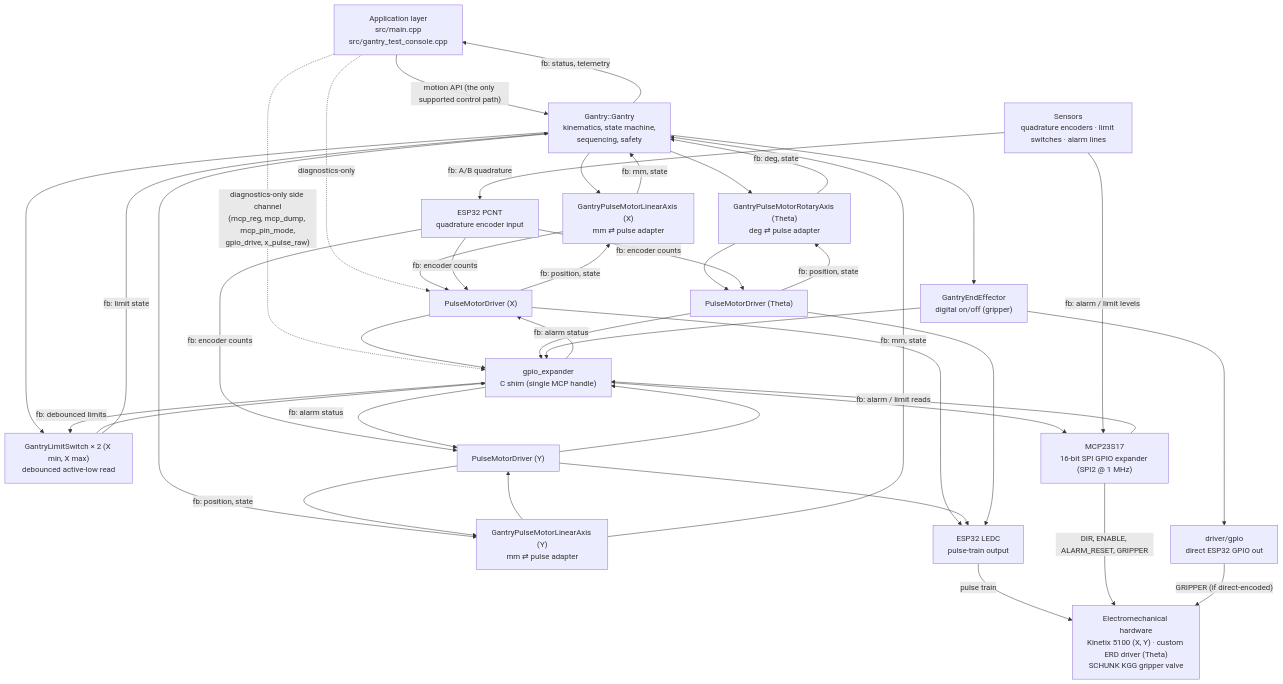
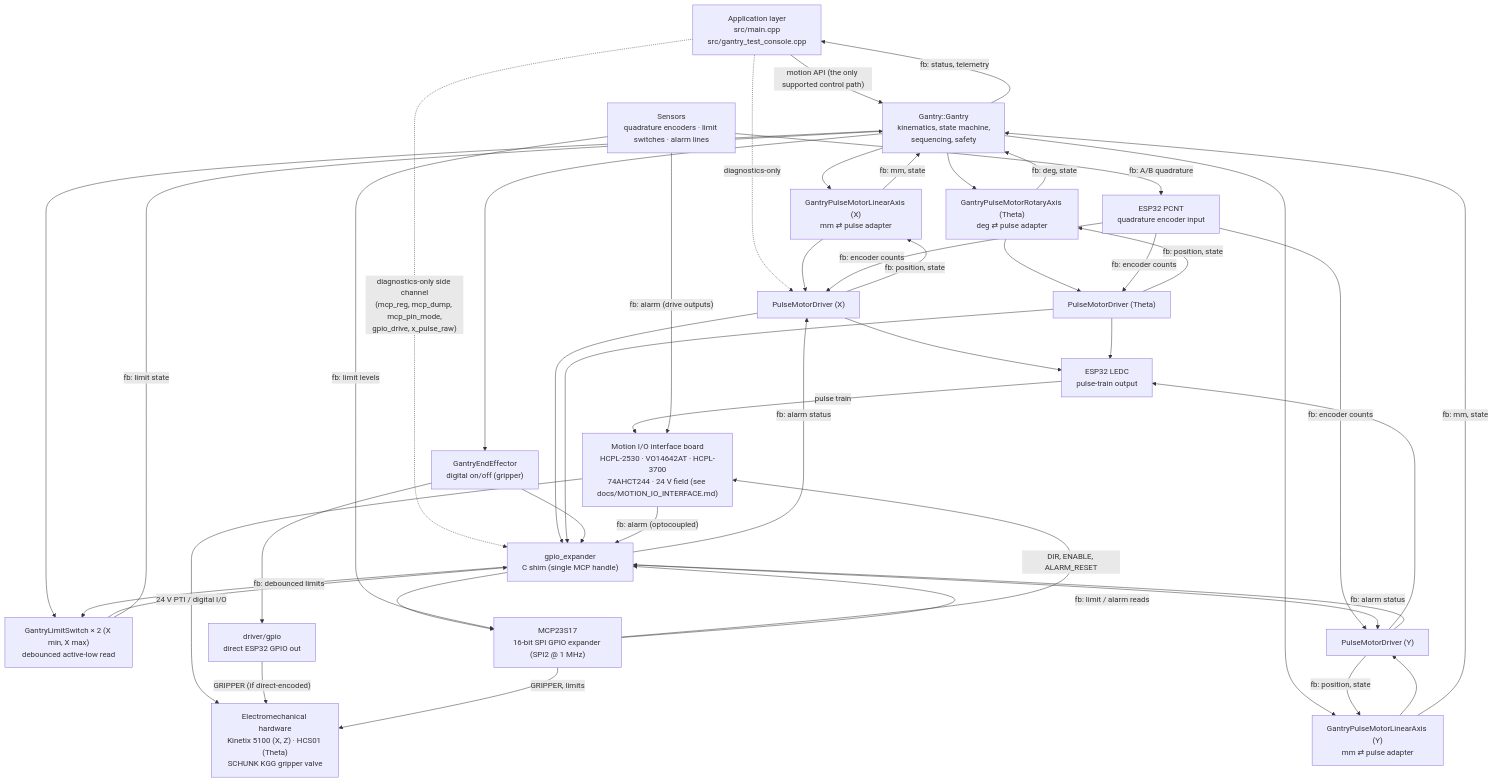
The diagram in lib/Gantry/docs/ARCHITECTURE_FLOW.md (Mynderse-Research-Lab/wt32-eth01-FreeRTOS), drawn with Mermaid before and after one commit. The commit also changed other lines of this file and 135 other files, not shown here.

````diff
--- a/lib/Gantry/docs/ARCHITECTURE_FLOW.md
+++ b/lib/Gantry/docs/ARCHITECTURE_FLOW.md
@@ -13,68 +13,72 @@
 ```mermaid
 flowchart TD
   App["Application layer<br/>src/main.cpp<br/>src/gantry_test_console.cpp"]
   Gantry["Gantry::Gantry<br/>kinematics, state machine,<br/>sequencing, safety"]
   AxisX["GantryPulseMotorLinearAxis (X)<br/>mm ⇄ pulse adapter"]
   AxisY["GantryPulseMotorLinearAxis (Y)<br/>mm ⇄ pulse adapter"]
   AxisT["GantryPulseMotorRotaryAxis (Theta)<br/>deg ⇄ pulse adapter"]
   EE["GantryEndEffector<br/>digital on/off (gripper)"]
   LSX["GantryLimitSwitch × 2 (X min, X max)<br/>debounced active-low read"]
   PMX["PulseMotorDriver (X)"]
   PMY["PulseMotorDriver (Y)"]
   PMT["PulseMotorDriver (Theta)"]
   LEDC["ESP32 LEDC<br/>pulse-train output"]
   PCNT["ESP32 PCNT<br/>quadrature encoder input"]
   Exp["gpio_expander<br/>C shim (single MCP handle)"]
   MCP["MCP23S17<br/>16-bit SPI GPIO expander (SPI2 @ 1 MHz)"]
   DGPIO["driver/gpio<br/>direct ESP32 GPIO out"]
-  HW["Electromechanical hardware<br/>Kinetix 5100 (X, Y) · custom ERD driver (Theta)<br/>SCHUNK KGG gripper valve"]
+  HW["Electromechanical hardware<br/>Kinetix 5100 (X, Z) · HCS01 (Theta)<br/>SCHUNK KGG gripper valve"]
+  IF["Motion I/O interface board<br/>HCPL-2530 · VO14642AT · HCPL-3700<br/>74AHCT244 · 24 V field (see docs/MOTION_IO_INTERFACE.md)"]
   Sens["Sensors<br/>quadrature encoders · limit switches · alarm lines"]
 
   App -- "motion API (the only supported control path)" --> Gantry
   App -. "diagnostics-only side channel<br/>(mcp_reg, mcp_dump, mcp_pin_mode,<br/>gpio_drive, x_pulse_raw)" .-> Exp
   App -. "diagnostics-only" .-> PMX
 
   Gantry --> AxisX
   Gantry --> AxisY
   Gantry --> AxisT
   Gantry --> EE
   Gantry --> LSX
 
   AxisX --> PMX
   AxisY --> PMY
   AxisT --> PMT
 
   PMX --> LEDC
   PMY --> LEDC
   PMT --> LEDC
   PMX --> Exp
   PMY --> Exp
   PMT --> Exp
   EE --> Exp
   EE --> DGPIO
   LSX --> Exp
   Exp --> MCP
 
-  LEDC -- "pulse train" --> HW
-  MCP -- "DIR, ENABLE, ALARM_RESET, GRIPPER" --> HW
+  LEDC -- "pulse train" --> IF
+  MCP -- "DIR, ENABLE, ALARM_RESET" --> IF
+  IF -- "24 V PTI / digital I/O" --> HW
   DGPIO -- "GRIPPER (if direct-encoded)" --> HW
+  MCP -- "GRIPPER, limits" --> HW
 
-  %% ----- upstream (feedback) -----
+  Sens -- "fb: alarm (drive outputs)" --> IF
+  IF -- "fb: alarm (optocoupled)" --> Exp
   Sens -- "fb: A/B quadrature" --> PCNT
-  Sens -- "fb: alarm / limit levels" --> MCP
-  MCP  -- "fb: alarm / limit reads" --> Exp
+  Sens -- "fb: limit levels" --> MCP
+  MCP  -- "fb: limit / alarm reads" --> Exp
   PCNT -- "fb: encoder counts" --> PMX
   PCNT -- "fb: encoder counts" --> PMY
   PCNT -- "fb: encoder counts" --> PMT
   Exp  -- "fb: alarm status" --> PMX
   Exp  -- "fb: alarm status" --> PMY
   Exp  -- "fb: debounced limits" --> LSX
   PMX  -- "fb: position, state" --> AxisX
   PMY  -- "fb: position, state" --> AxisY
   PMT  -- "fb: position, state" --> AxisT
   AxisX -- "fb: mm, state" --> Gantry
   AxisY -- "fb: mm, state" --> Gantry
   AxisT -- "fb: deg, state" --> Gantry
   LSX   -- "fb: limit state" --> Gantry
   Gantry -- "fb: status, telemetry" --> App
 ```
````
